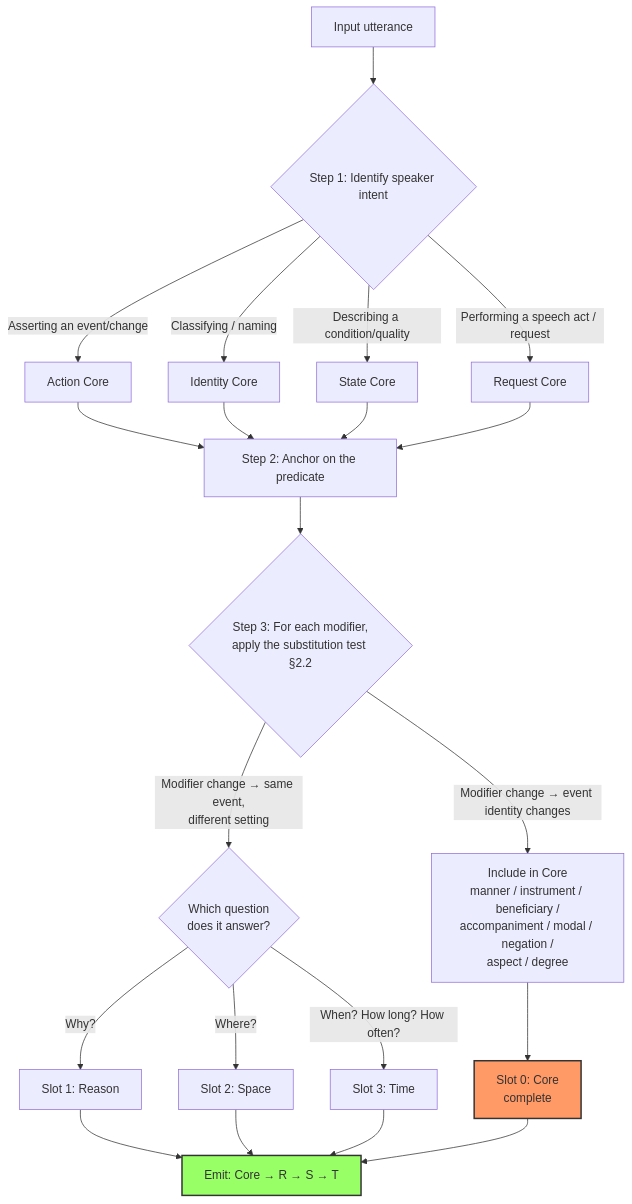
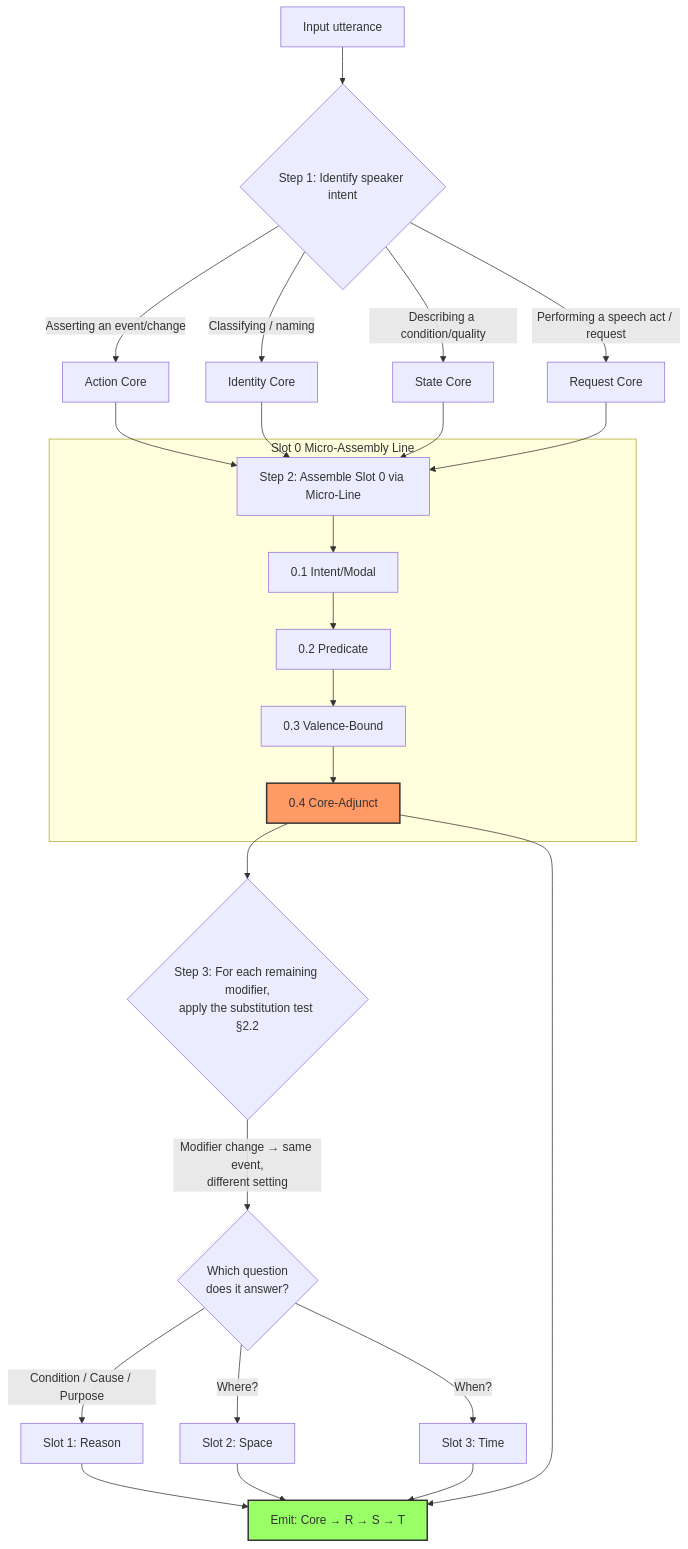
The third of 3 diagrams in docs/en/foundations/core-concept.md (corefirst/cflt), drawn with Mermaid before and after one commit. The commit also changed other lines of this file and 7 other files, not shown here.

Commit message:
docs: update CFLT documentation with narrative T-CRS variant, conditional scope hierarchy, and core-assembly micro-line steps.

````diff
--- a/docs/en/foundations/core-concept.md
+++ b/docs/en/foundations/core-concept.md
@@ -482,30 +482,35 @@
 ```mermaid
 flowchart TD
     A[Input utterance] --> B{Step 1: Identify speaker intent}
     B -->|Asserting an event/change| C1[Action Core]
     B -->|Classifying / naming| C2[Identity Core]
     B -->|Describing a condition/quality| C3[State Core]
     B -->|Performing a speech act / request| C4[Request Core]
 
-    C1 --> D[Step 2: Anchor on the predicate]
+    C1 --> D[Step 2: Assemble Slot 0 via Micro-Line]
     C2 --> D
     C3 --> D
     C4 --> D
 
-    D --> E{Step 3: For each modifier,<br/>apply the substitution test §2.2}
-    E -->|"Modifier change → event identity changes"| F[Include in Core<br/>manner / instrument / beneficiary /<br/>accompaniment / modal / negation /<br/>aspect / degree]
+    subgraph "Slot 0 Micro-Assembly Line"
+    D --> D1[0.1 Intent/Modal]
+    D1 --> D2[0.2 Predicate]
+    D2 --> D3[0.3 Valence-Bound]
+    D3 --> D4[0.4 Core-Adjunct]
+    end
+
+    D4 --> E{Step 3: For each remaining modifier,<br/>apply the substitution test §2.2}
     E -->|"Modifier change → same event,<br/>different setting"| G{Which question<br/>does it answer?}
 
-    G -->|Why?| H1[Slot 1: Reason]
+    G -->|Condition / Cause / Purpose| H1[Slot 1: Reason]
     G -->|Where?| H2[Slot 2: Space]
-    G -->|When? How long? How often?| H3[Slot 3: Time]
+    G -->|When?| H3[Slot 3: Time]
 
-    F --> I[Slot 0: Core<br/>complete]
     H1 --> J[Emit: Core → R → S → T]
     H2 --> J
     H3 --> J
-    I --> J
+    D4 --> J
 
-    style I fill:#f96,stroke:#333,stroke-width:2px
+    style D4 fill:#f96,stroke:#333,stroke-width:2px
     style J fill:#9f6,stroke:#333,stroke-width:2px
 ```
````
